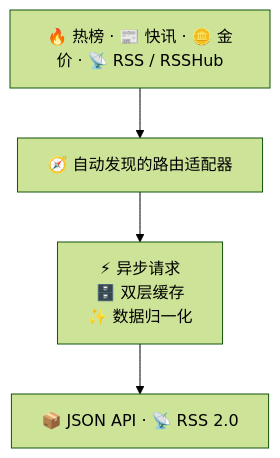
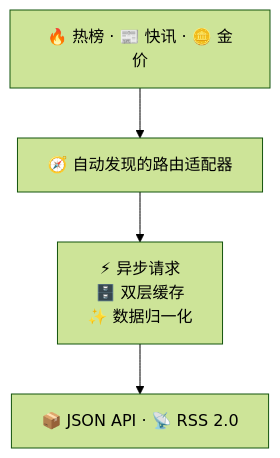
Before and after one commit to alisen39/whatshot: the diagram in README.md, drawn with Mermaid (forest theme). The commit also changed other lines of this file and 5 other files, not shown here.

````diff
--- a/README.md
+++ b/README.md
@@ -29,9 +29,9 @@
 ```mermaid
 flowchart TD
-    sources["🔥 热榜 · 📰 快讯 · 🪙 金价 · 📡 RSS / RSSHub"]
+    sources["🔥 热榜 · 📰 快讯 · 🪙 金价"]
     adapters["🧭 自动发现的路由适配器"]
     pipeline["⚡ 异步请求<br/>🗄️ 双层缓存<br/>✨ 数据归一化"]
     output["📦 JSON API · 📡 RSS 2.0"]
 
     sources --> adapters --> pipeline --> output
 ```
````
